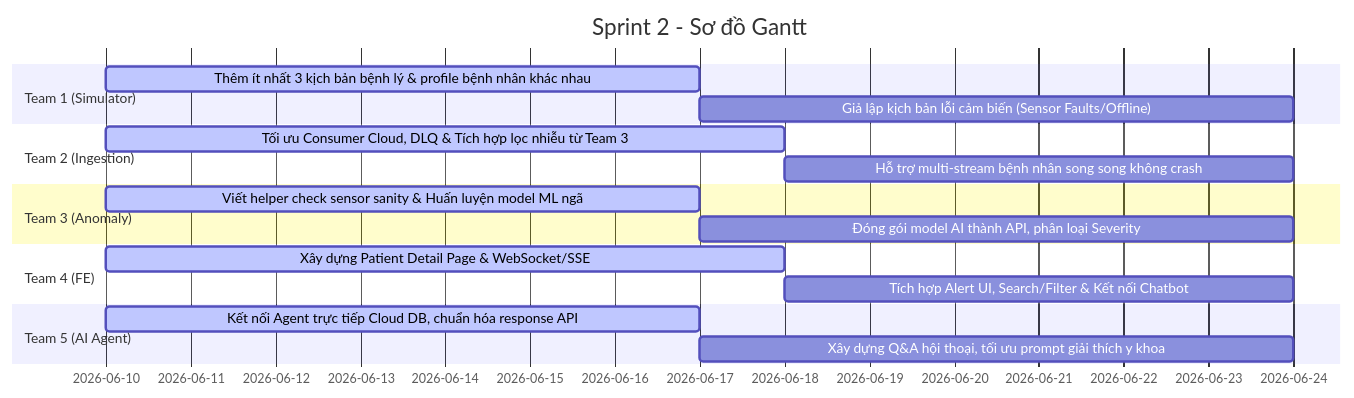
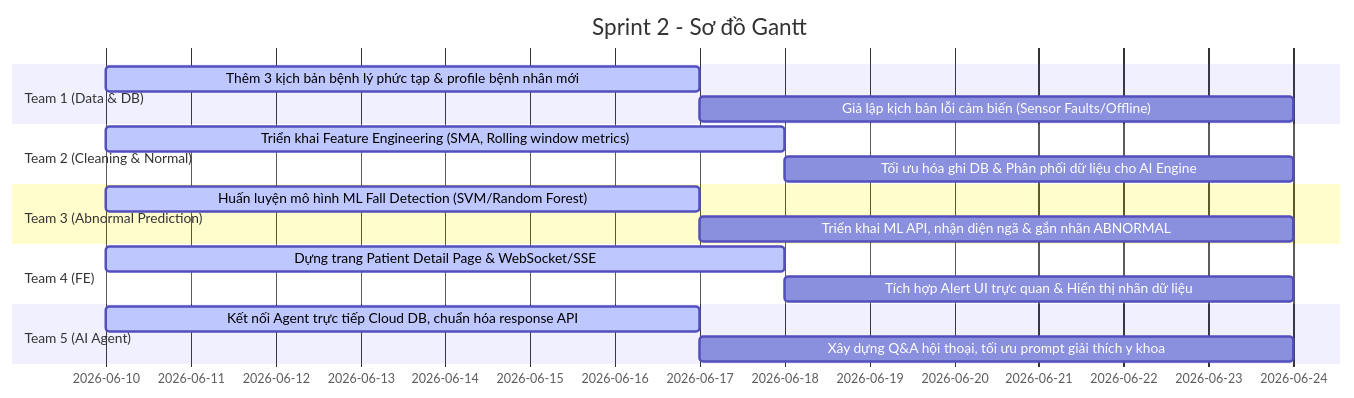
Before and after one commit to linhhtunn/Dashboard: the third of 4 diagrams in docs/project_sprint_plan_final.md, drawn with Mermaid. The commit also changed other lines of this file, not shown here.

````diff
--- a/docs/project_sprint_plan_final.md
+++ b/docs/project_sprint_plan_final.md
@@ -148,20 +156,20 @@
 ```mermaid
 gantt
     title Sprint 2 - Sơ đồ Gantt
     dateFormat  YYYY-MM-DD
-    section Team 1 (Simulator)
-    Thêm ít nhất 3 kịch bản bệnh lý & profile bệnh nhân khác nhau  :active, 2026-06-10, 7d
+    section Team 1 (Data & DB)
+    Thêm 3 kịch bản bệnh lý phức tạp & profile bệnh nhân mới      :active, 2026-06-10, 7d
     Giả lập kịch bản lỗi cảm biến (Sensor Faults/Offline)      : 7d
-    section Team 2 (Ingestion)
-    Tối ưu Consumer Cloud, DLQ & Tích hợp lọc nhiễu từ Team 3   :active, 2026-06-10, 8d
-    Hỗ trợ multi-stream bệnh nhân song song không crash        : 6d
-    section Team 3 (Anomaly)
-    Viết helper check sensor sanity & Huấn luyện model ML ngã  :active, 2026-06-10, 7d
-    Đóng gói model AI thành API, phân loại Severity            : 7d
+    section Team 2 (Cleaning & Normal)
+    Triển khai Feature Engineering (SMA, Rolling window metrics) :active, 2026-06-10, 8d
+    Tối ưu hóa ghi DB & Phân phối dữ liệu cho AI Engine        : 6d
+    section Team 3 (Abnormal Prediction)
+    Huấn luyện mô hình ML Fall Detection (SVM/Random Forest)   :active, 2026-06-10, 7d
+    Triển khai ML API, nhận diện ngã & gắn nhãn ABNORMAL       : 7d
     section Team 4 (FE)
-    Xây dựng Patient Detail Page & WebSocket/SSE               :active, 2026-06-10, 8d
-    Tích hợp Alert UI, Search/Filter & Kết nối Chatbot         : 6d
+    Dựng trang Patient Detail Page & WebSocket/SSE               :active, 2026-06-10, 8d
+    Tích hợp Alert UI trực quan & Hiển thị nhãn dữ liệu        : 6d
     section Team 5 (AI Agent)
     Kết nối Agent trực tiếp Cloud DB, chuẩn hóa response API  :active, 2026-06-10, 7d
     Xây dựng Q&A hội thoại, tối ưu prompt giải thích y khoa    : 7d
 ```
````
